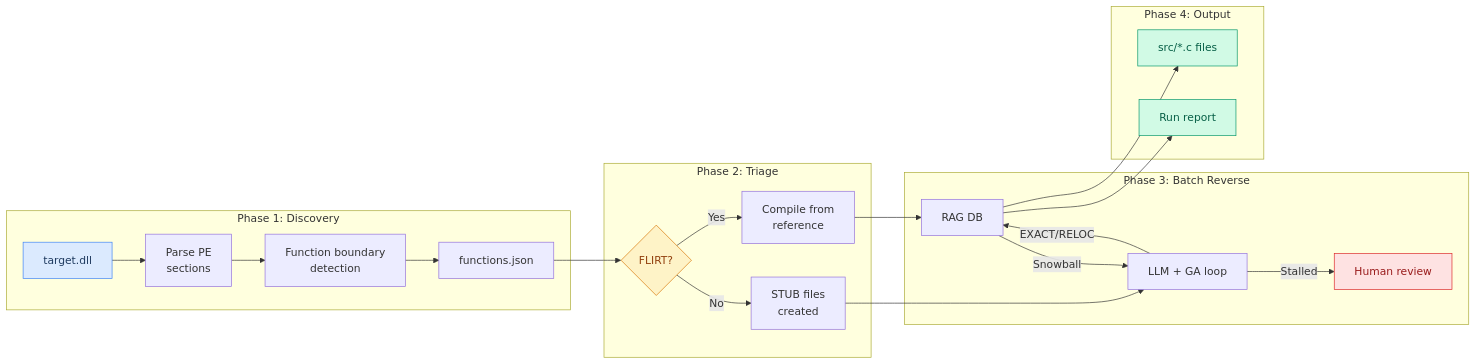
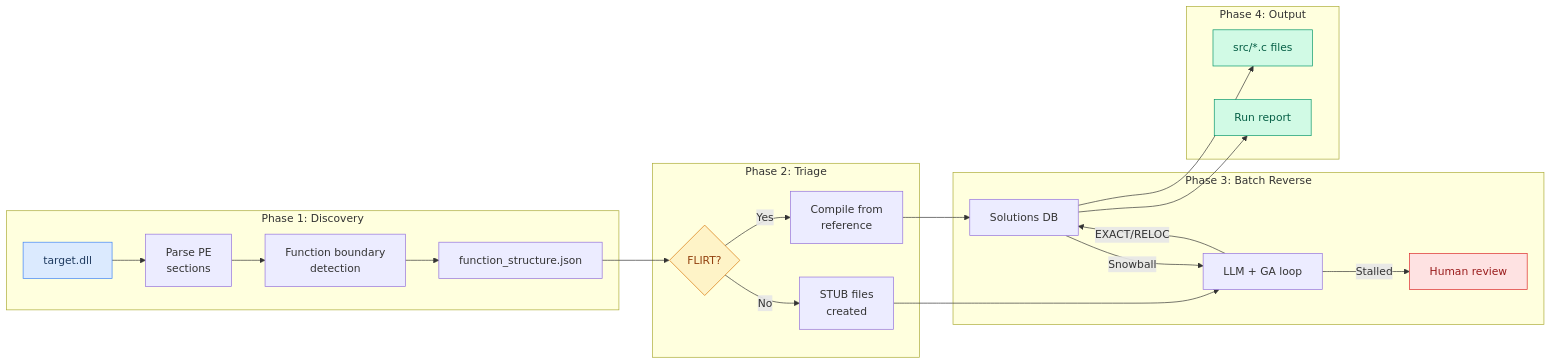
One commit to maci0/rebrew changed diagram 16 of 16 in docs/USER_STORIES.md. Above: the diagram before and after it, drawn with Mermaid. The commit also changed other lines of this file and 11 other files, not shown here.

First line of the commit message:
docs, skills, flowcharts synced to the CLI; globals.status persisted

````diff
--- a/docs/USER_STORIES.md
+++ b/docs/USER_STORIES.md
@@ -514,33 +515,33 @@
 ```mermaid
 graph LR
     subgraph "Phase 1: Discovery"
         A["target.dll"] --> B["Parse PE<br/>sections"]
         B --> C["Function boundary<br/>detection"]
-        C --> D["functions.json"]
+        C --> D["function_structure.json"]
     end
 
     subgraph "Phase 2: Triage"
         D --> E{"FLIRT?"}
         E -->|Yes| F["Compile from<br/>reference"]
         E -->|No| G["STUB files<br/>created"]
     end
 
     subgraph "Phase 3: Batch Reverse"
-        F --> H["RAG DB"]
+        F --> H["Solutions DB"]
         G --> I["LLM + GA loop"]
         I -->|"EXACT/RELOC"| H
         I -->|Stalled| J["Human review"]
         H -->|"Snowball"| I
     end
 
     subgraph "Phase 4: Output"
         H --> K["src/*.c files"]
         H --> L["Run report"]
     end
 
     style A fill:#dbeafe,stroke:#3b82f6,color:#1e3a5f
     style K fill:#d1fae5,stroke:#059669,color:#065f46
     style L fill:#d1fae5,stroke:#059669,color:#065f46
     style J fill:#fee2e2,stroke:#dc2626,color:#991b1b
     style E fill:#fef3c7,stroke:#d97706,color:#92400e
 ```
````
